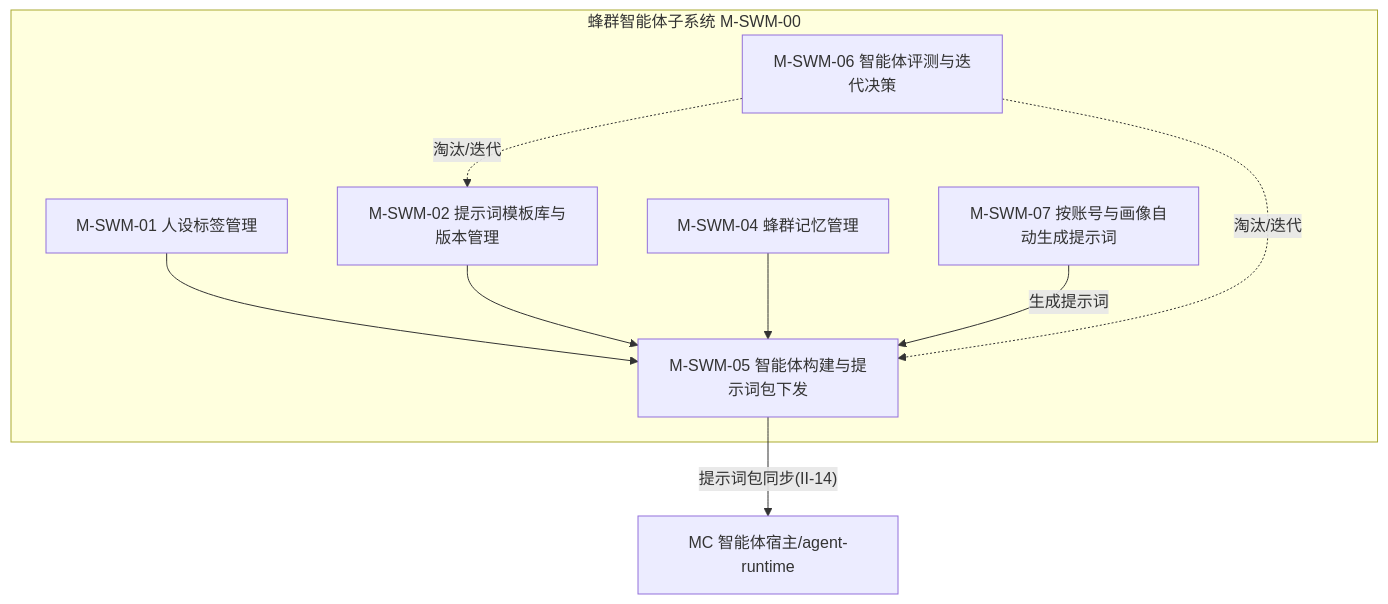
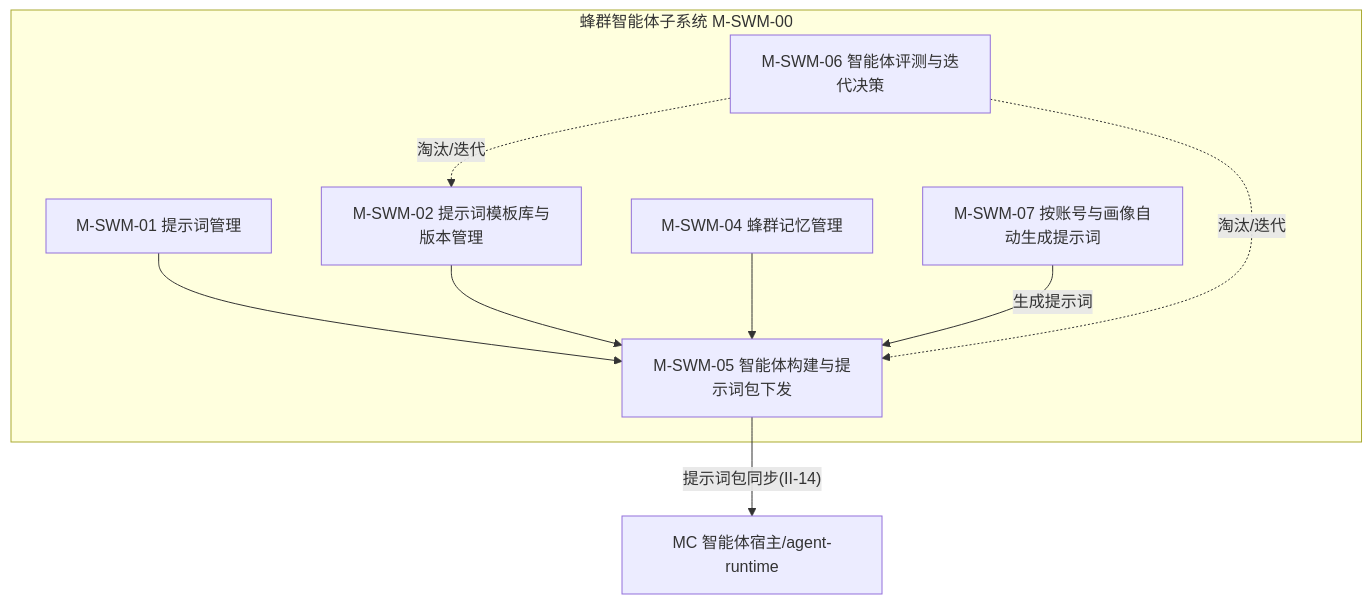
Before and after one commit to Sj-g/obsidian: diagram 13 of 14 in 公司项目/认知作战/文档/软件概要设计说明.md, drawn with Mermaid. The commit also changed other lines of this file and 10 other files, not shown here.

````diff
--- a/公司项目/认知作战/文档/软件概要设计说明.md
+++ b/公司项目/认知作战/文档/软件概要设计说明.md
@@ -527,15 +527,15 @@
 ```mermaid
 flowchart TB
     subgraph SWM["蜂群智能体子系统 M-SWM-00"]
-        SWM1["M-SWM-01 人设标签管理"]
+        SWM1["M-SWM-01 提示词管理"]
         SWM2["M-SWM-02 提示词模板库与版本管理"]
         SWM4["M-SWM-04 蜂群记忆管理"]
         SWM5["M-SWM-05 智能体构建与提示词包下发"]
         SWM6["M-SWM-06 智能体评测与迭代决策"]
         SWM7["M-SWM-07 按账号与画像自动生成提示词"]
         SWM1 & SWM2 & SWM4 --> SWM5
         SWM7 -->|"生成提示词"| SWM5
         SWM6 -.->|"淘汰/迭代"| SWM2 & SWM5
     end
     SWM5 -->|"提示词包同步(II-14)"| MC14["MC 智能体宿主/agent-runtime"]
 ```
````
